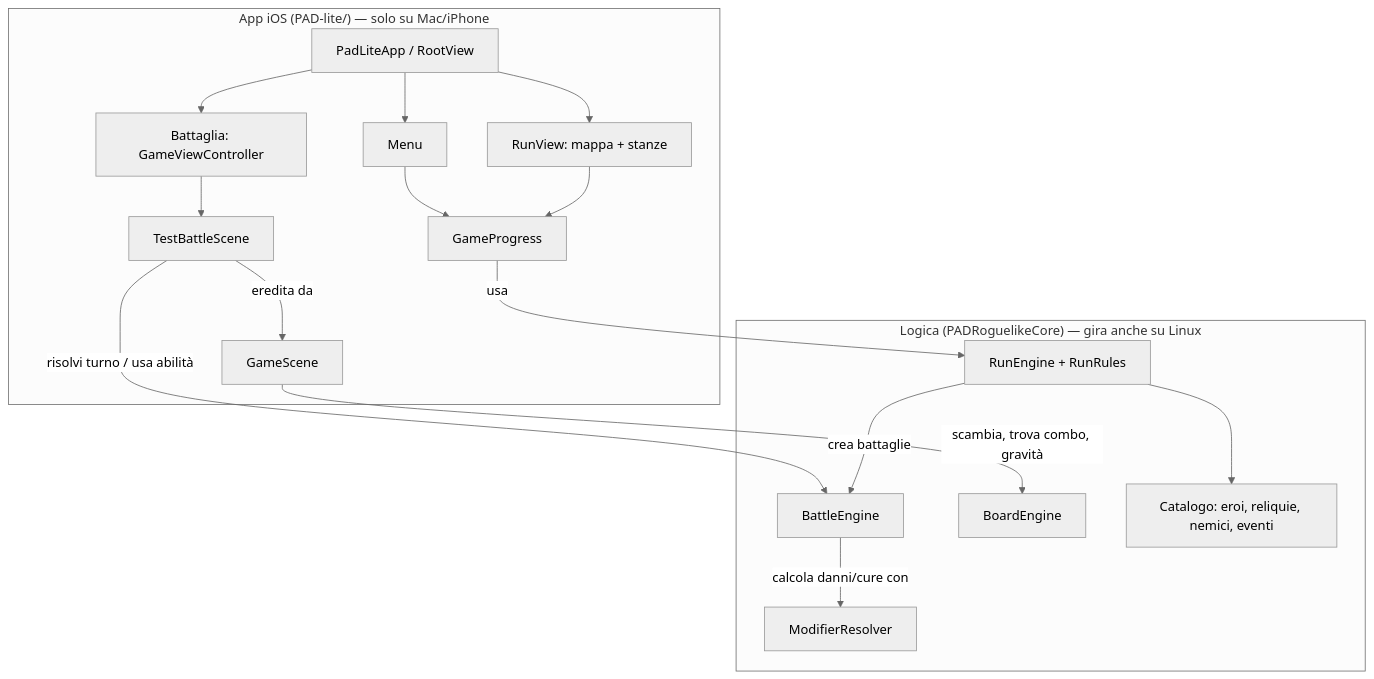
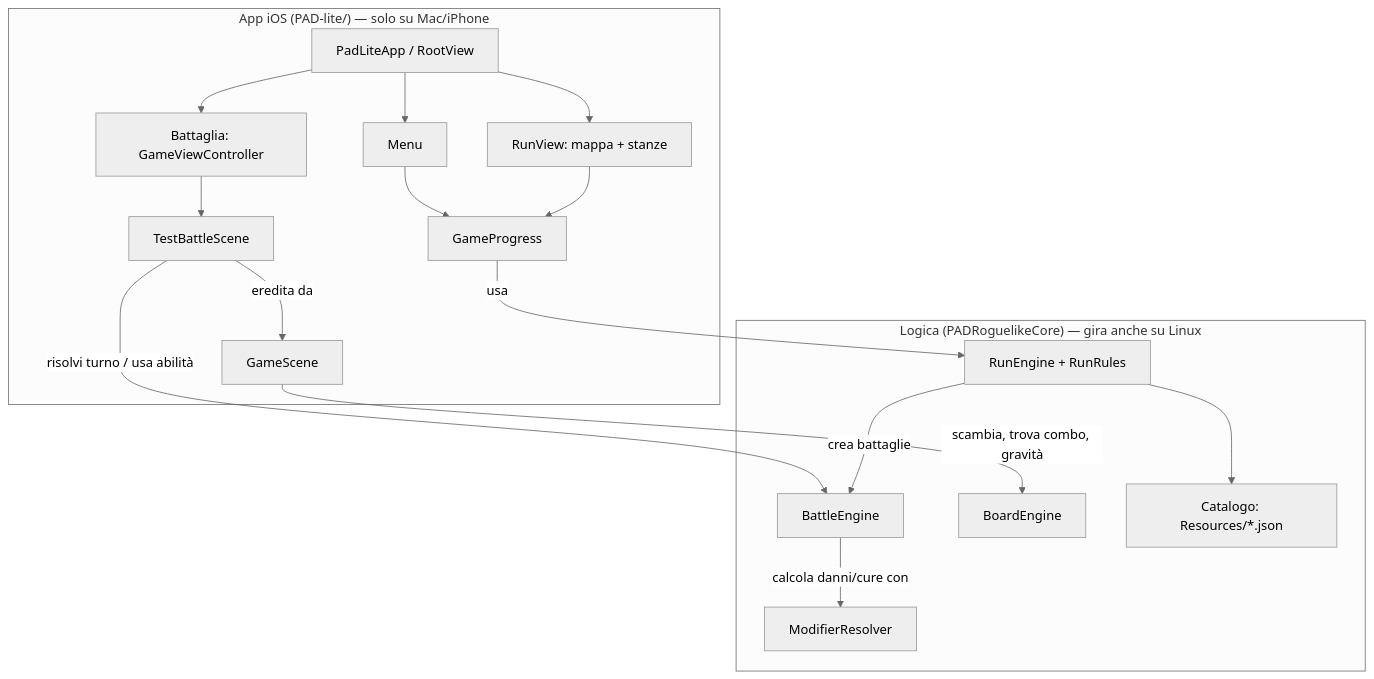
One commit to palazz94/hello-world-ios changed the first of 4 diagrams in docs/GUIDA.md. Above: the diagram before and after it, drawn with Mermaid (neutral theme). The commit also changed other lines of this file and 16 other files, not shown here.

````diff
--- a/docs/GUIDA.md
+++ b/docs/GUIDA.md
@@ -69,25 +73,25 @@
 ```mermaid
 flowchart TB
     subgraph APP["App iOS (PAD-lite/) — solo su Mac/iPhone"]
         A[PadLiteApp / RootView] --> MM[Menu]
         A --> RV[RunView: mappa + stanze]
         A --> GV[Battaglia: GameViewController]
         GV --> TB[TestBattleScene]
         TB -- "eredita da" --> GS[GameScene]
         RV --> GP[GameProgress]
         MM --> GP
     end
     subgraph CORE["Logica (PADRoguelikeCore) — gira anche su Linux"]
         RE[RunEngine + RunRules]
         BE[BattleEngine]
         BO[BoardEngine]
         MR[ModifierResolver]
-        CAT[Catalogo: eroi, reliquie, nemici, eventi]
+        CAT[Catalogo: Resources/*.json]
     end
     GP -- "usa" --> RE
     RE -- "crea battaglie" --> BE
     RE --> CAT
     BE -- "calcola danni/cure con" --> MR
     GS -- "scambia, trova combo, gravità" --> BO
     TB -- "risolvi turno / usa abilità" --> BE
 ```
````
